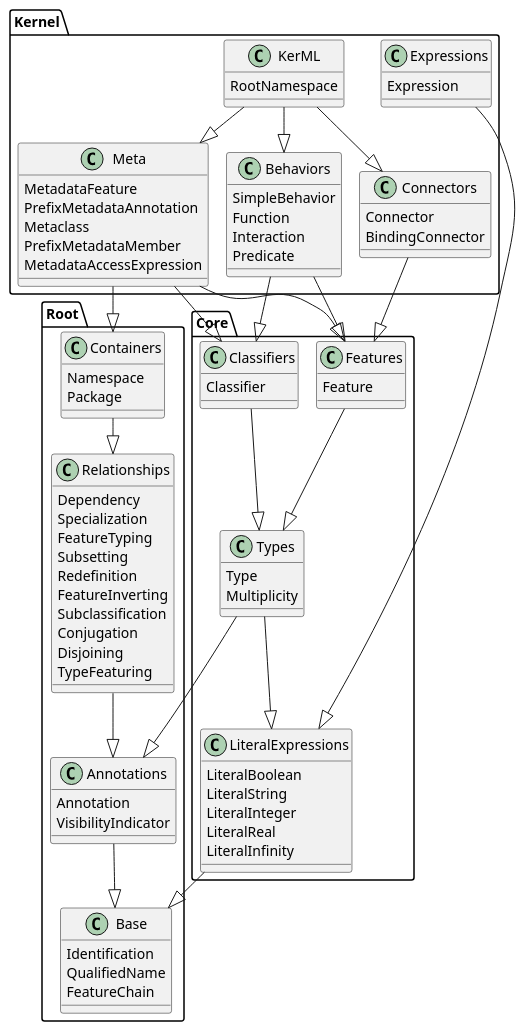
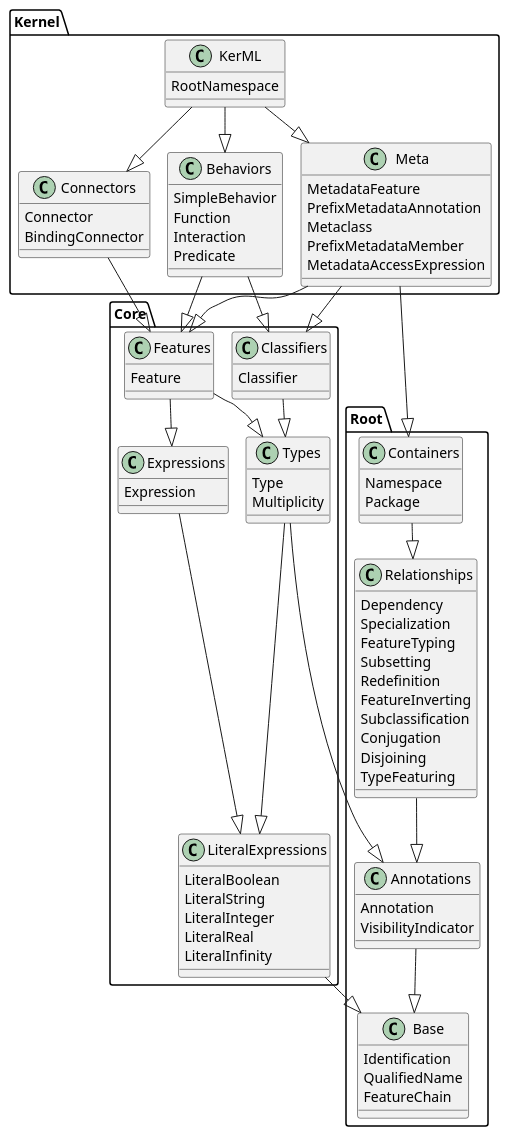
Before and after one commit to dhakehurst/net.akehurst.language: the diagram in net.akehurst.language/language-repository/languages/KerML/v2_2023-08/grammars/agl/grammar-hierachiy.puml, drawn with PlantUML. The commit also changed 101 other files, not shown here.

```diff
--- a/net.akehurst.language/language-repository/languages/KerML/v2_2023-08/grammars/agl/grammar-hierachiy.puml
+++ b/net.akehurst.language/language-repository/languages/KerML/v2_2023-08/grammars/agl/grammar-hierachiy.puml
@@ -1,98 +1,97 @@
 @startuml
 !pragma layout smetana
 
 package Root {
     class Base {
         Identification
         QualifiedName
         FeatureChain
     }
     class Annotations {
         Annotation
         VisibilityIndicator
     }
     class Relationships {
         Dependency
         Specialization
         FeatureTyping
         Subsetting
         Redefinition
         FeatureInverting
         Subclassification
         Conjugation
         Disjoining
         TypeFeaturing
     }
     class Containers {
         Namespace
         Package
     }
 }
 
 package Core {
     class Types {
         Type
         Multiplicity
     }
     class Classifiers {
         Classifier
     }
     class Features {
         Feature
     }
     class LiteralExpressions {
         LiteralBoolean
         LiteralString
         LiteralInteger
         LiteralReal
         LiteralInfinity
     }
+    class Expressions {
+        Expression
+    }
 }
 
 package Kernel {
-    class Expressions {
-        Expression
-    }
     class Connectors {
         Connector
         BindingConnector
     }
     class Behaviors {
         SimpleBehavior
         Function
         Interaction
         Predicate
     }
     class Meta {
         MetadataFeature
         PrefixMetadataAnnotation
         Metaclass
         PrefixMetadataMember
         MetadataAccessExpression
     }
     class KerML {
         RootNamespace
     }
 }
 
-
-
+Annotations --|> Base
+LiteralExpressions --|> Base
+Expressions ---|> LiteralExpressions
 Types --|> LiteralExpressions
 Types --|> Annotations
+Classifiers --|> Types
 Relationships --|> Annotations
-Expressions ---|> LiteralExpressions
-LiteralExpressions --|> Base
-Annotations --|> Base
-Classifiers --|> Types
 Features --|> Types
+Features --|> Expressions
 Connectors --|> Features
 Behaviors --|> Features
 Behaviors --|> Classifiers
 Containers --|> Relationships
+Meta --|> Containers
 Meta --|> Classifiers
 Meta --|> Features
-Meta --|> Containers
 KerML --|> Meta
 KerML --|> Behaviors
 KerML --|> Connectors
 @enduml
```
